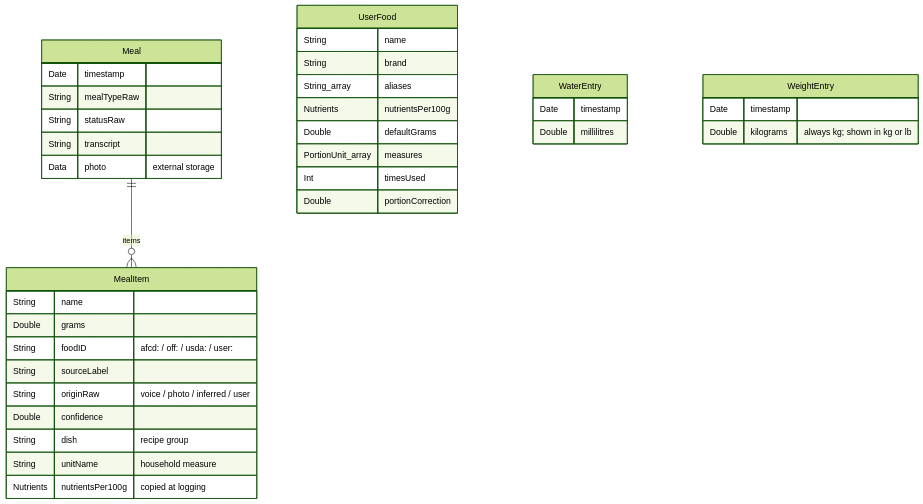
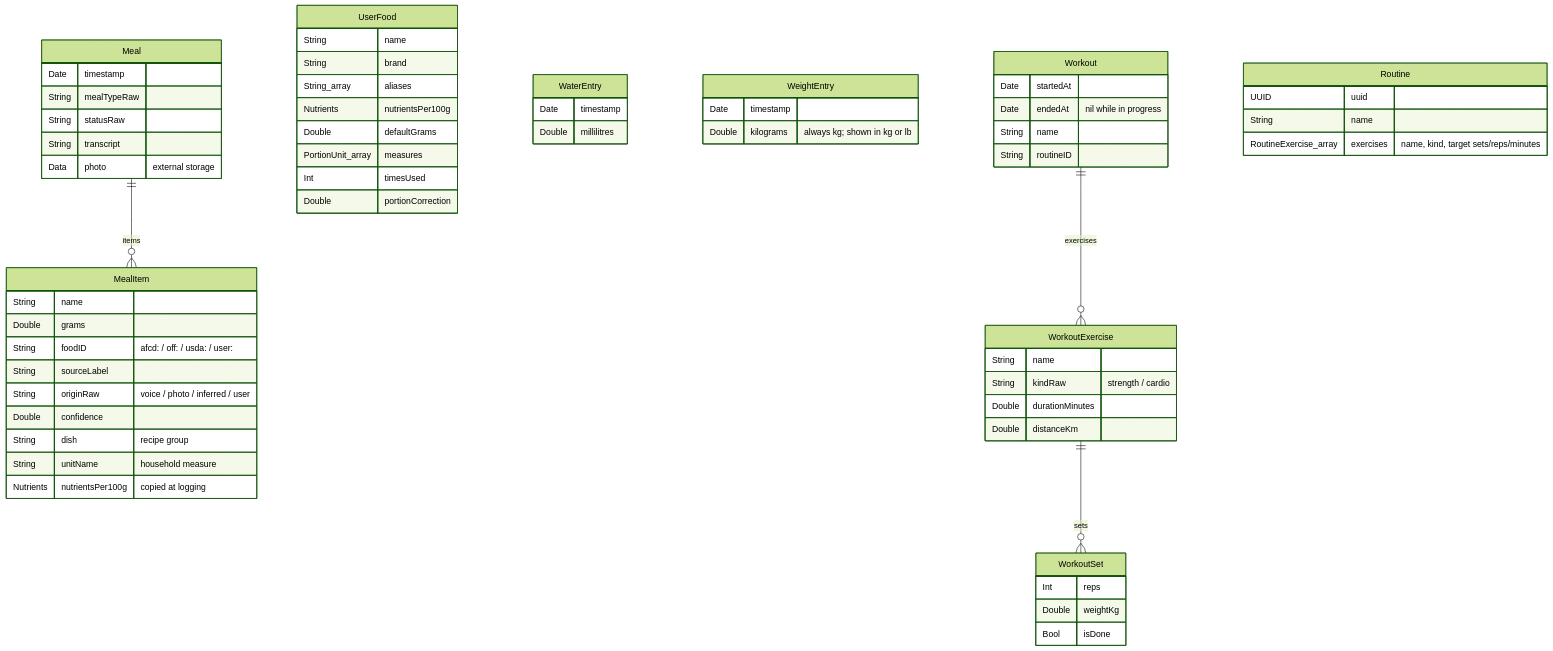
The second of 3 diagrams in docs/ARCHITECTURE.md (asmiyahasan/FoodLogger), drawn with Mermaid (forest theme) before and after one commit. The commit also changed other lines of this file and 14 other files, not shown here.

````diff
--- a/docs/ARCHITECTURE.md
+++ b/docs/ARCHITECTURE.md
@@ -50,40 +51,64 @@
 ```mermaid
 erDiagram
     Meal ||--o{ MealItem : items
     Meal {
         Date timestamp
         String mealTypeRaw
         String statusRaw
         String transcript
         Data photo "external storage"
     }
     MealItem {
         String name
         Double grams
         String foodID "afcd: / off: / usda: / user:"
         String sourceLabel
         String originRaw "voice / photo / inferred / user"
         Double confidence
         String dish "recipe group"
         String unitName "household measure"
         Nutrients nutrientsPer100g "copied at logging"
     }
     UserFood {
         String name
         String brand
         String_array aliases
         Nutrients nutrientsPer100g
         Double defaultGrams
         PortionUnit_array measures
         Int timesUsed
         Double portionCorrection
     }
     WaterEntry {
         Date timestamp
         Double millilitres
     }
     WeightEntry {
         Date timestamp
         Double kilograms "always kg; shown in kg or lb"
     }
+    Workout ||--o{ WorkoutExercise : exercises
+    WorkoutExercise ||--o{ WorkoutSet : sets
+    Workout {
+        Date startedAt
+        Date endedAt "nil while in progress"
+        String name
+        String routineID
+    }
+    WorkoutExercise {
+        String name
+        String kindRaw "strength / cardio"
+        Double durationMinutes
+        Double distanceKm
+    }
+    WorkoutSet {
+        Int reps
+        Double weightKg
+        Bool isDone
+    }
+    Routine {
+        UUID uuid
+        String name
+        RoutineExercise_array exercises "name, kind, target sets/reps/minutes"
+    }
 ```
````
